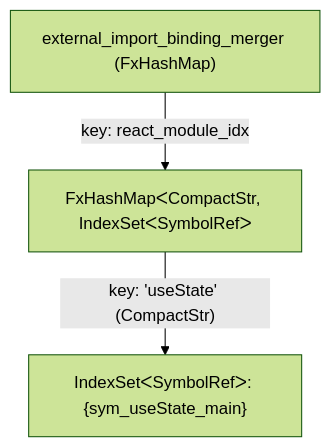
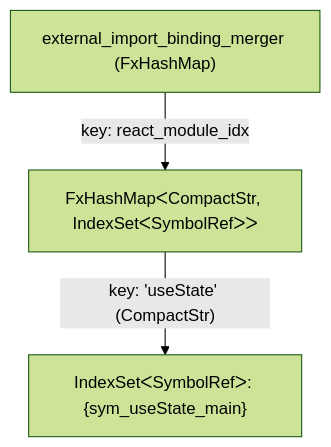
The fifth of 5 diagrams in app/blog/posts/rolldown-link-stage-symbol-linking-resolution.mdx (ShroXd/atriiy.dev), drawn with Mermaid (forest theme) before and after one commit.

Commit message:
fix: correct syntax in Mermaid diagram by adding missing closing angle bracket for IndexSet

````diff
--- a/app/blog/posts/rolldown-link-stage-symbol-linking-resolution.mdx
+++ b/app/blog/posts/rolldown-link-stage-symbol-linking-resolution.mdx
@@ -508,9 +508,9 @@
 ```mermaid
 flowchart TD
     merger["external_import_binding_merger (FxHashMap)"]
-    hashmap["FxHashMapᐸCompactStr, IndexSetᐸSymbolRefᐳ"]
+    hashmap["FxHashMapᐸCompactStr, IndexSetᐸSymbolRefᐳᐳ"]
     UseStateSet["IndexSetᐸSymbolRefᐳ: {sym_useState_main}"]
 
     merger -- "key: react_module_idx" --> hashmap
     hashmap -- "key: 'useState' (CompactStr)" --> UseStateSet
 ```
````
